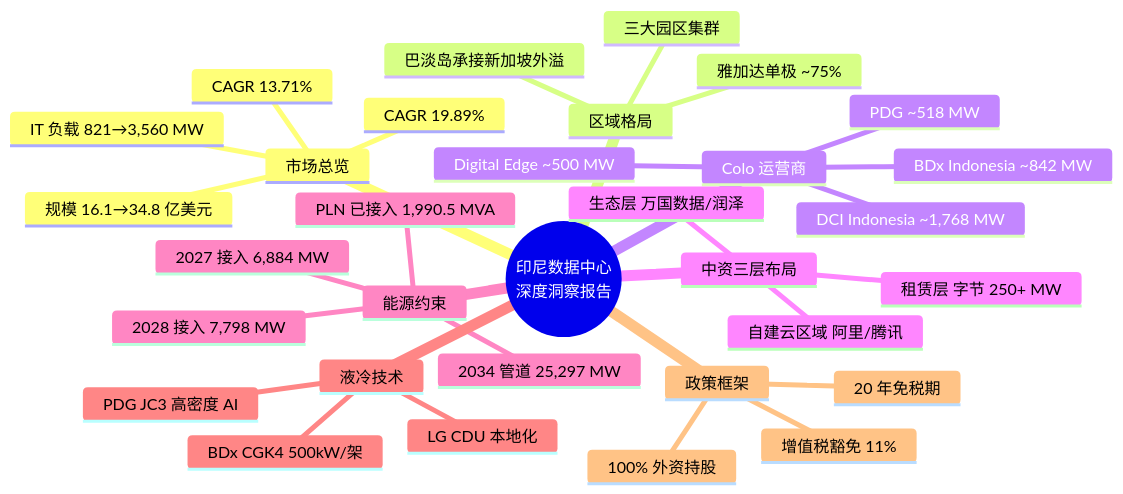
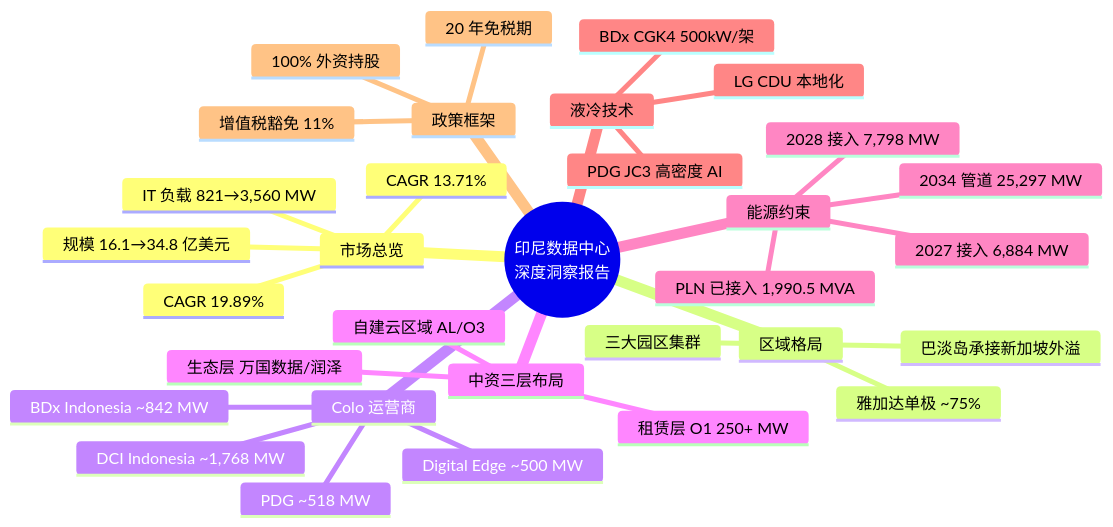
Before and after one commit to liweicong2016-collab/tech-blog: the diagram in content/zh/posts/indonesia-idc-deep-report-2026.md, drawn with Mermaid. The commit also changed other lines of this file and 17 other files, not shown here.

````diff
--- a/content/zh/posts/indonesia-idc-deep-report-2026.md
+++ b/content/zh/posts/indonesia-idc-deep-report-2026.md
@@ -17,35 +17,35 @@
 ```mermaid
 mindmap
   root((印尼数据中心<br/>深度洞察报告))
     市场总览
       规模 16.1→34.8 亿美元
       CAGR 13.71%
       IT 负载 821→3,560 MW
       CAGR 19.89%
     区域格局
       雅加达单极 ~75%
       巴淡岛承接新加坡外溢
       三大园区集群
     Colo 运营商
       DCI Indonesia ~1,768 MW
       BDx Indonesia ~842 MW
       PDG ~518 MW
       Digital Edge ~500 MW
     中资三层布局
-      租赁层 字节 250+ MW
-      自建云区域 阿里/腾讯
+      租赁层 O1 250+ MW
+      自建云区域 AL/O3
       生态层 万国数据/润泽
     能源约束
       PLN 已接入 1,990.5 MVA
       2027 接入 6,884 MW
       2028 接入 7,798 MW
       2034 管道 25,297 MW
     液冷技术
       BDx CGK4 500kW/架
       PDG JC3 高密度 AI
       LG CDU 本地化
     政策框架
       100% 外资持股
       20 年免税期
       增值税豁免 11%
 ```
````
